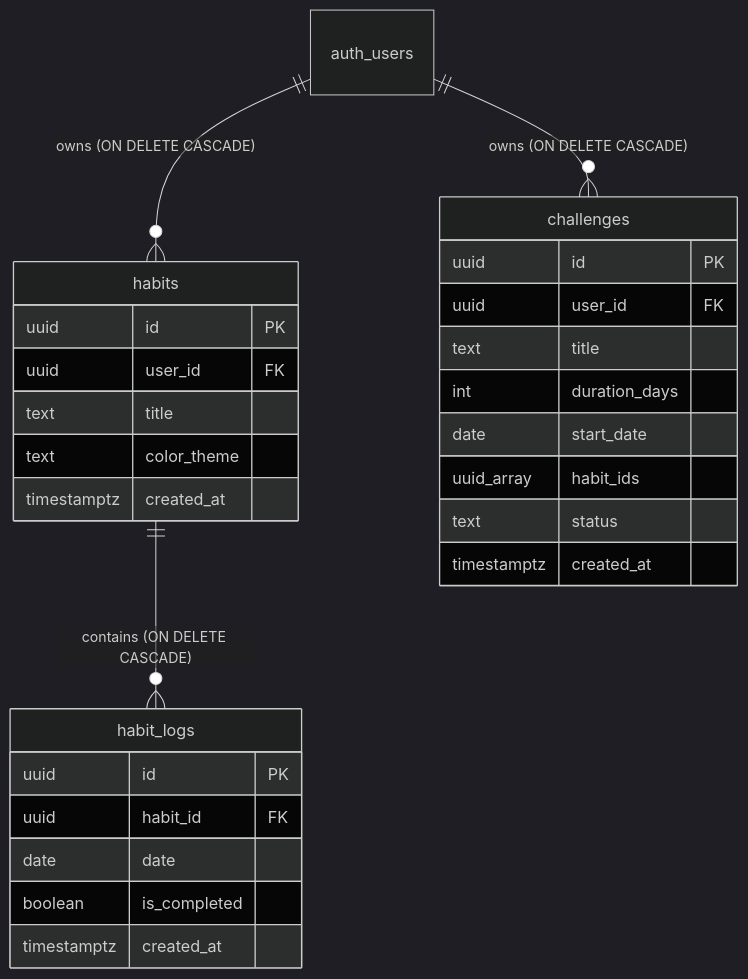
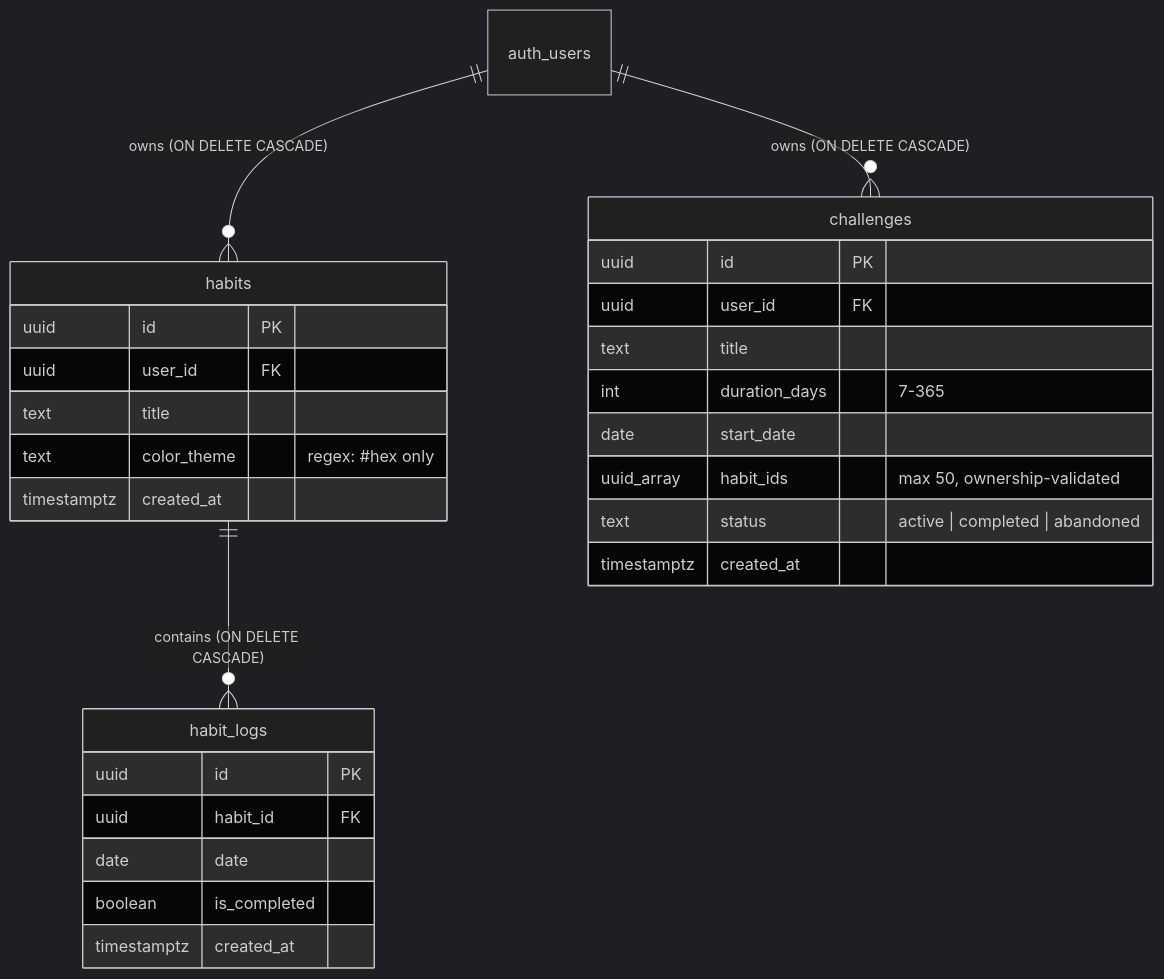
One commit to saarthvadalia26/Habit-Tracker changed the diagram in README.md. Above: the diagram before and after it, drawn with Mermaid (dark theme). The commit also changed other lines of this file and 14 other files, not shown here.

````diff
--- a/README.md
+++ b/README.md
@@ -103,33 +104,33 @@
 ```mermaid
 erDiagram
     auth_users ||--o{ habits : "owns (ON DELETE CASCADE)"
     habits ||--o{ habit_logs : "contains (ON DELETE CASCADE)"
     auth_users ||--o{ challenges : "owns (ON DELETE CASCADE)"
 
     habits {
         uuid id PK
         uuid user_id FK
         text title
-        text color_theme
+        text color_theme "regex: #hex only"
         timestamptz created_at
     }
 
     habit_logs {
         uuid id PK
         uuid habit_id FK
         date date
         boolean is_completed
         timestamptz created_at
     }
 
     challenges {
         uuid id PK
         uuid user_id FK
         text title
-        int duration_days
+        int duration_days "7-365"
         date start_date
-        uuid_array habit_ids
-        text status
+        uuid_array habit_ids "max 50, ownership-validated"
+        text status "active | completed | abandoned"
         timestamptz created_at
     }
 ```
````
